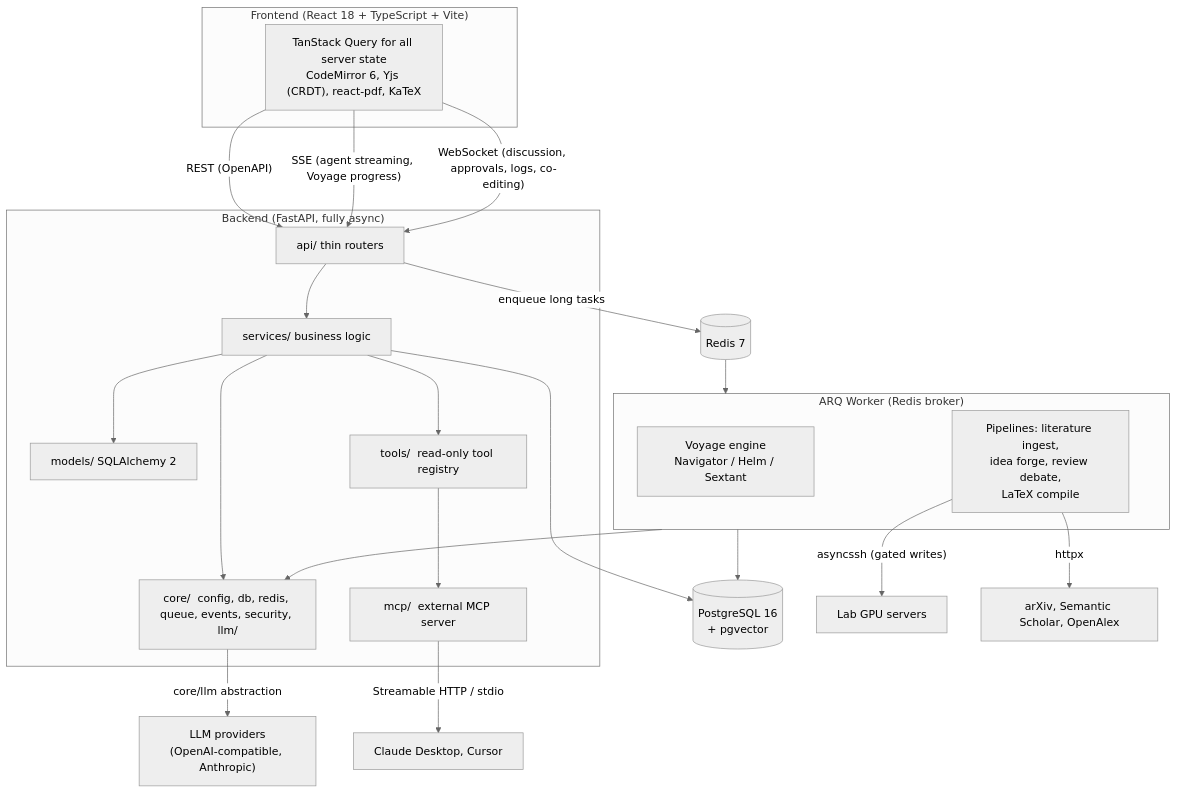
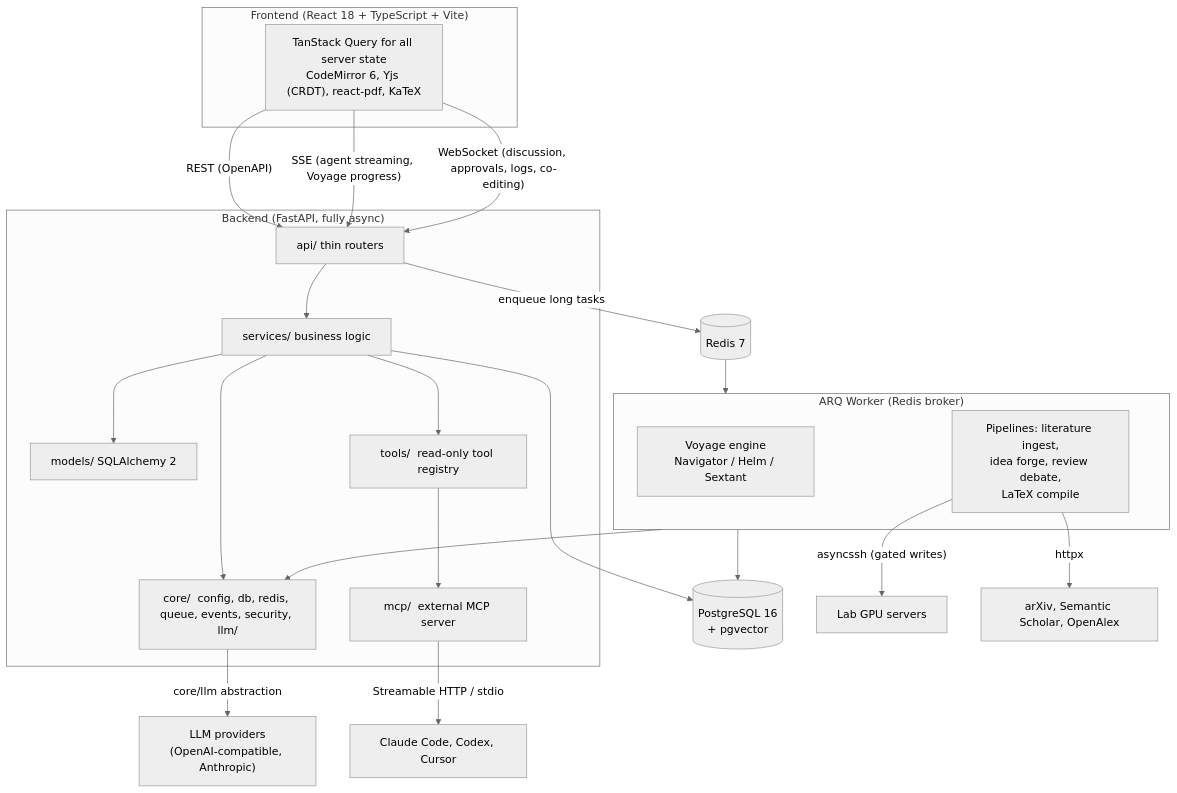
One commit to ZJU-REAL/Polaris changed the diagram in docs/architecture.md. Above: the diagram before and after it, drawn with Mermaid (neutral theme). The commit also changed 33 other files, not shown here.

````diff
--- a/docs/architecture.md
+++ b/docs/architecture.md
@@ -18,39 +18,39 @@
 ```mermaid
 flowchart TB
     subgraph client["Frontend (React 18 + TypeScript + Vite)"]
       UI["TanStack Query for all server state\nCodeMirror 6, Yjs (CRDT), react-pdf, KaTeX"]
     end
 
     UI -- "REST (OpenAPI)" --> API
     UI -- "SSE (agent streaming, Voyage progress)" --> API
     UI -- "WebSocket (discussion, approvals, logs, co-editing)" --> API
 
     subgraph backend["Backend (FastAPI, fully async)"]
       API["api/  thin routers"]
       SVC["services/  business logic"]
       MODELS["models/  SQLAlchemy 2"]
       CORE["core/  config, db, redis, queue, events, security, llm/"]
       TOOLS["tools/  read-only tool registry"]
       MCP["mcp/  external MCP server"]
       API --> SVC --> MODELS
       SVC --> CORE
       SVC --> TOOLS
       TOOLS --> MCP
     end
 
     subgraph worker["ARQ Worker (Redis broker)"]
       VOY["Voyage engine\nNavigator / Helm / Sextant"]
       PIPE["Pipelines: literature ingest,\nidea forge, review debate,\nLaTeX compile"]
     end
 
     API -- "enqueue long tasks" --> REDIS[("Redis 7")]
     REDIS --> worker
     SVC --> PG[("PostgreSQL 16\n+ pgvector")]
     worker --> PG
     worker --> CORE
 
     CORE -- "core/llm abstraction" --> LLM["LLM providers\n(OpenAI-compatible, Anthropic)"]
     PIPE -- "asyncssh (gated writes)" --> GPU["Lab GPU servers"]
     PIPE -- "httpx" --> LIT["arXiv, Semantic Scholar, OpenAlex"]
-    MCP -- "Streamable HTTP / stdio" --> EXT["Claude Desktop, Cursor"]
+    MCP -- "Streamable HTTP / stdio" --> EXT["Claude Code, Codex, Cursor"]
 ```
````
